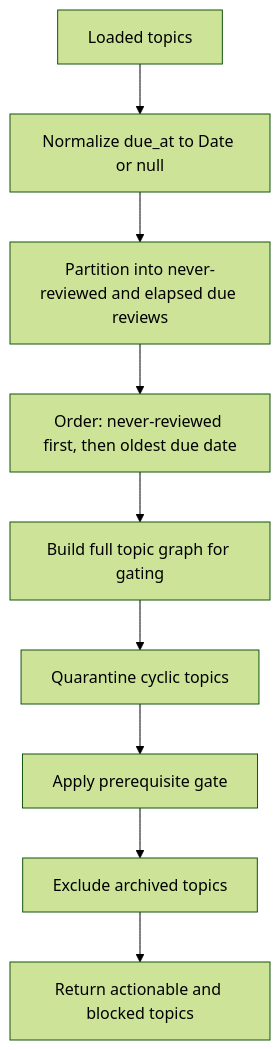
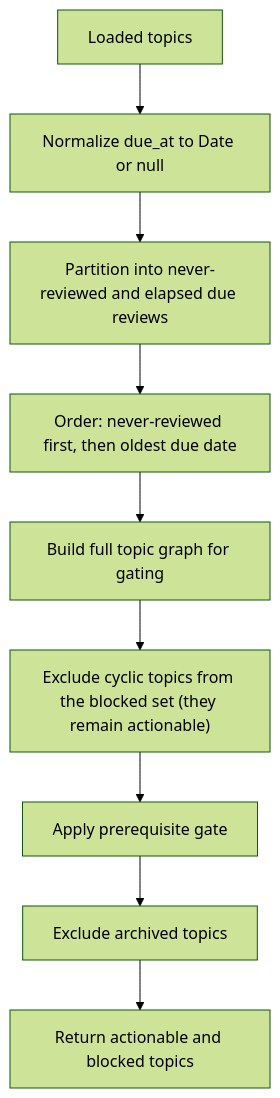
One commit to Kuldeep2822k/palee-architecture changed the fourth of 5 diagrams in User Guide/Review and Scheduling/Scheduling Algorithms and Discovery.md. Above: the diagram before and after it, drawn with Mermaid (forest theme). The commit also changed other lines of this file and 6 other files, not shown here.

Commit message:
docs(user-guide): fix SM-2 table, JSON filtering workflows and session flowcharts

````diff
--- a/User Guide/Review and Scheduling/Scheduling Algorithms and Discovery.md
+++ b/User Guide/Review and Scheduling/Scheduling Algorithms and Discovery.md
@@ -201,11 +201,11 @@
 ```mermaid
 flowchart TD
   Input["Loaded topics"] --> Normalize["Normalize due_at to Date or null"]
   Normalize --> Partition["Partition into never-reviewed and elapsed due reviews"]
   Partition --> Order["Order: never-reviewed first, then oldest due date"]
   Order --> BuildGraph["Build full topic graph for gating"]
-  BuildGraph --> Quarantine["Quarantine cyclic topics"]
+  BuildGraph --> Quarantine["Exclude cyclic topics from the blocked set (they remain actionable)"]
   Quarantine --> Gate["Apply prerequisite gate"]
   Gate --> FilterArchived["Exclude archived topics"]
   FilterArchived --> Result["Return actionable and blocked topics"]
 ```
````
